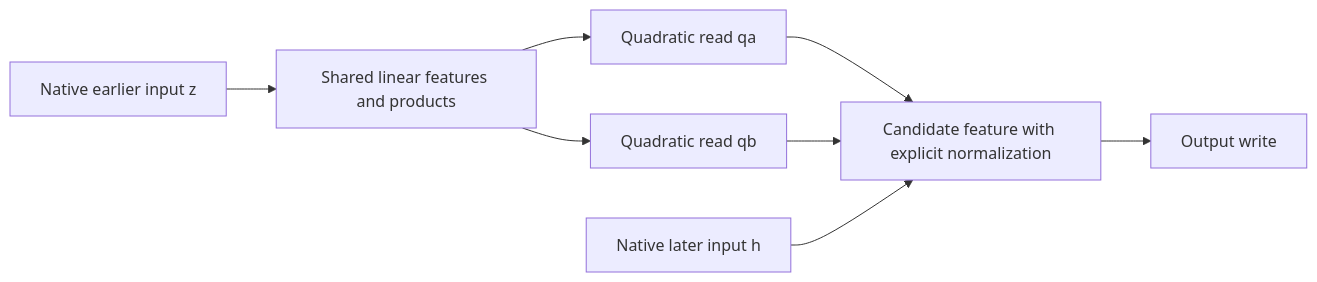
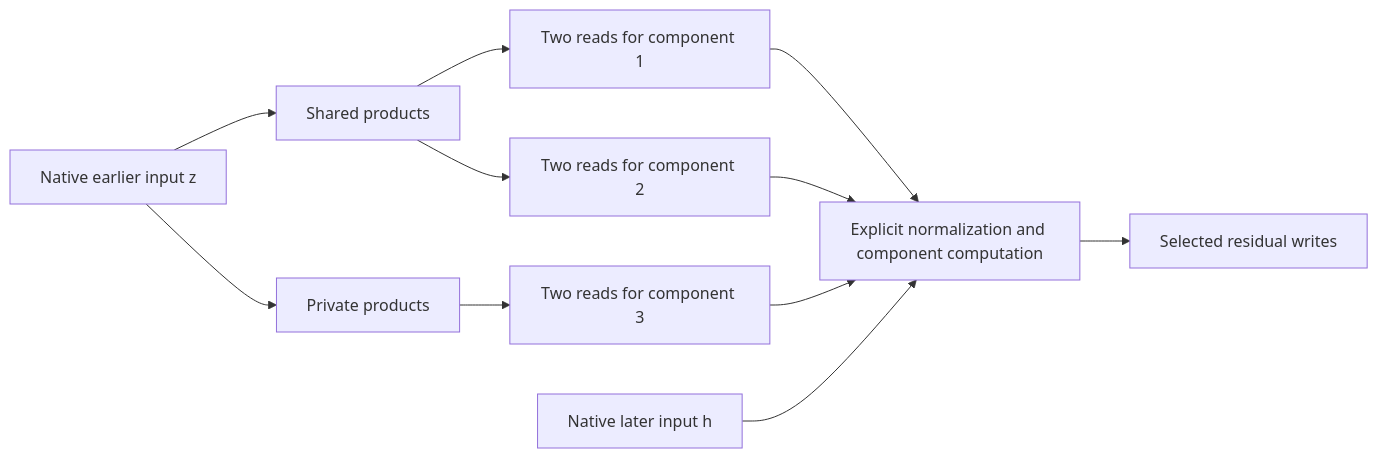
The second of 2 diagrams in basis_aligned/polynomial_causal/explanations/for_logan/research_update_2026-09-21_0104_full_coverage_and_shared_baselines.md (loganriggs/tensor_language), drawn with Mermaid before and after one commit. The commit also changed other lines of this file and 23 other files, not shown here.

````diff
--- a/basis_aligned/polynomial_causal/explanations/for_logan/research_update_2026-09-21_0104_full_coverage_and_shared_baselines.md
+++ b/basis_aligned/polynomial_causal/explanations/for_logan/research_update_2026-09-21_0104_full_coverage_and_shared_baselines.md
@@ -197,10 +158,13 @@
 ```mermaid
 flowchart LR
-    Z[Native earlier input z] --> S[Shared linear features and products]
-    S --> A[Quadratic read qa]
-    S --> B[Quadratic read qb]
-    A --> F[Candidate feature with explicit normalization]
-    B --> F
-    H[Native later input h] --> F
-    F --> W[Output write]
+    Z[Native earlier input z] --> S[Shared products]
+    S --> A[Two reads for component 1]
+    S --> B[Two reads for component 2]
+    Z --> P[Private products]
+    P --> C[Two reads for component 3]
+    A --> N[Explicit normalization and component computation]
+    B --> N
+    C --> N
+    H[Native later input h] --> N
+    N --> O[Selected residual writes]
 ```
````
